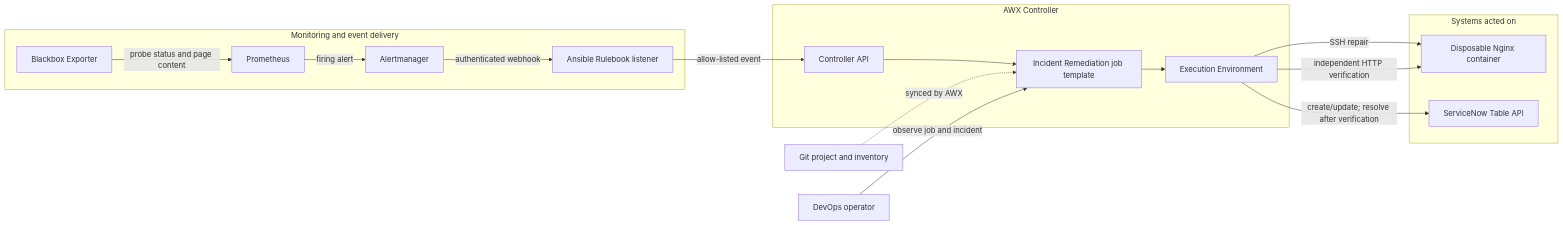
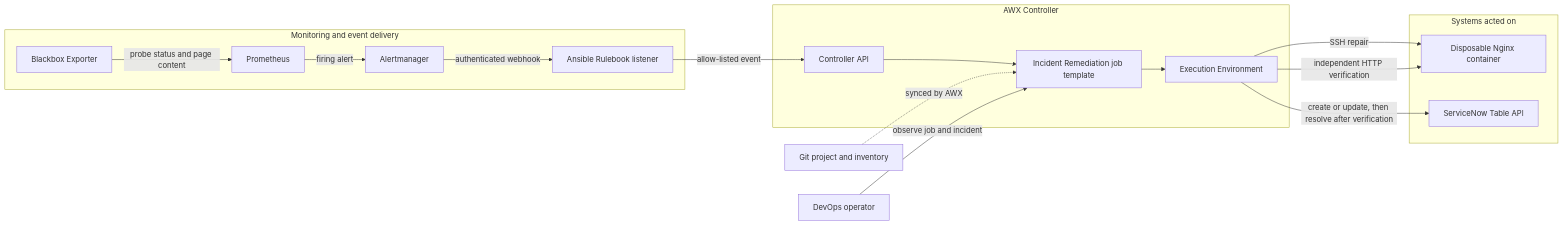
The first of 3 diagrams in event-driven-remediation/README.md (piyushv080/devops-platform-engineering-portfolio), drawn with Mermaid before and after one commit. The commit also changed other lines of this file, not shown here.

Commit message:
Fix event remediation Mermaid diagrams

````diff
--- a/event-driven-remediation/README.md
+++ b/event-driven-remediation/README.md
@@ -35,29 +35,29 @@
 ```mermaid
 flowchart LR
     operator[DevOps operator]
     subgraph monitoring[Monitoring and event delivery]
         blackbox[Blackbox Exporter]
         prometheus[Prometheus]
         alertmanager[Alertmanager]
         rulebook[Ansible Rulebook listener]
         blackbox -->|probe status and page content| prometheus
         prometheus -->|firing alert| alertmanager
         alertmanager -->|authenticated webhook| rulebook
     end
     subgraph awx[AWX Controller]
         api[Controller API]
         template[Incident Remediation job template]
         ee[Execution Environment]
         api --> template --> ee
     end
     git[Git project and inventory] -. synced by AWX .-> template
     rulebook -->|allow-listed event| api
     subgraph services[Systems acted on]
         target[Disposable Nginx container]
         snow[ServiceNow Table API]
     end
     ee -->|SSH repair| target
     ee -->|independent HTTP verification| target
-    ee -->|create/update; resolve after verification| snow
+    ee -->|create or update, then resolve after verification| snow
     operator -->|observe job and incident| template
 ```
````
